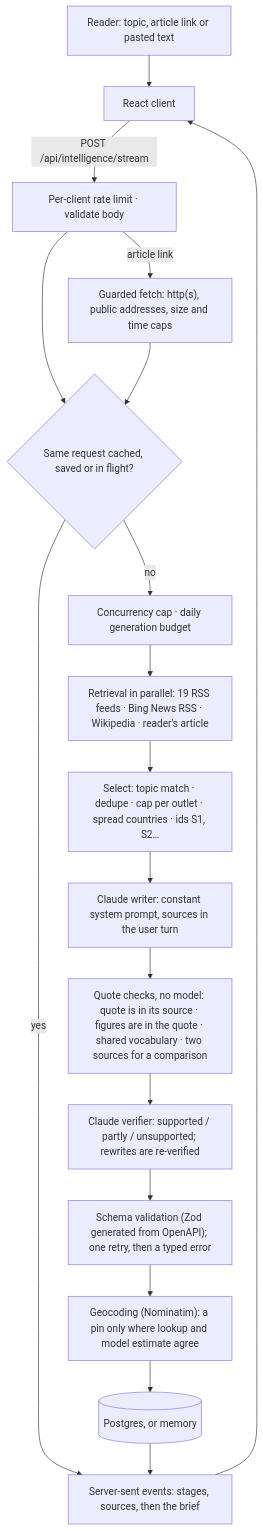
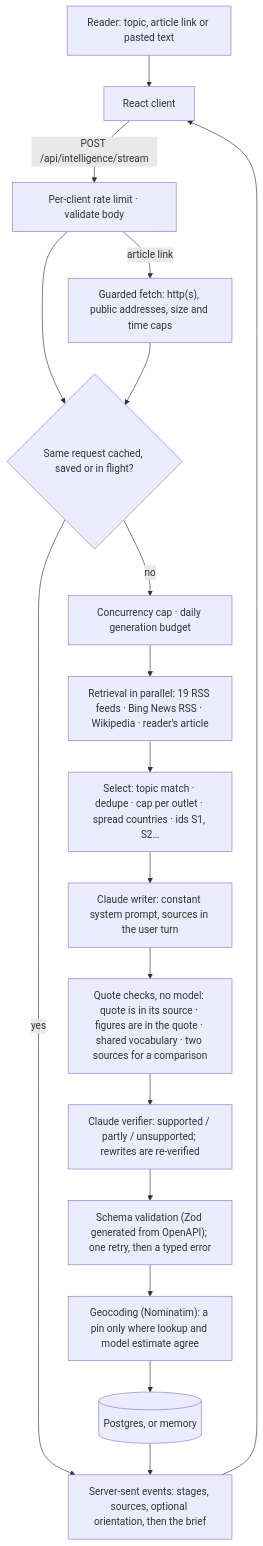
One commit to Nicolercc/vantage changed the diagram in README.md. Above: the diagram before and after it, drawn with Mermaid. The commit also changed other lines of this file and 28 other files, not shown here.

First line of the commit message:
feat(brief): stream optional reader orientation

````diff
--- a/README.md
+++ b/README.md
@@ -39,20 +41,20 @@
 ```mermaid
 flowchart TD
   A["Reader: topic, article link or pasted text"] --> B["React client"]
   B -->|"POST /api/intelligence/stream"| C["Per-client rate limit · validate body"]
   C -->|"article link"| D["Guarded fetch: http(s), public addresses, size and time caps"]
   C --> E{"Same request cached, saved or in flight?"}
   D --> E
   E -->|"yes"| Q
   E -->|"no"| F["Concurrency cap · daily generation budget"]
   F --> G["Retrieval in parallel: 19 RSS feeds · Bing News RSS · Wikipedia · reader's article"]
   G --> H["Select: topic match · dedupe · cap per outlet · spread countries · ids S1, S2…"]
   H --> I["Claude writer: constant system prompt, sources in the user turn"]
   I --> J["Quote checks, no model: quote is in its source · figures are in the quote · shared vocabulary · two sources for a comparison"]
   J --> K["Claude verifier: supported / partly / unsupported; rewrites are re-verified"]
   K --> L["Schema validation (Zod generated from OpenAPI); one retry, then a typed error"]
   L --> M["Geocoding (Nominatim): a pin only where lookup and model estimate agree"]
   M --> N[("Postgres, or memory")]
-  N --> Q["Server-sent events: stages, sources, then the brief"]
+  N --> Q["Server-sent events: stages, sources, optional orientation, then the brief"]
   Q --> B
 ```
````
